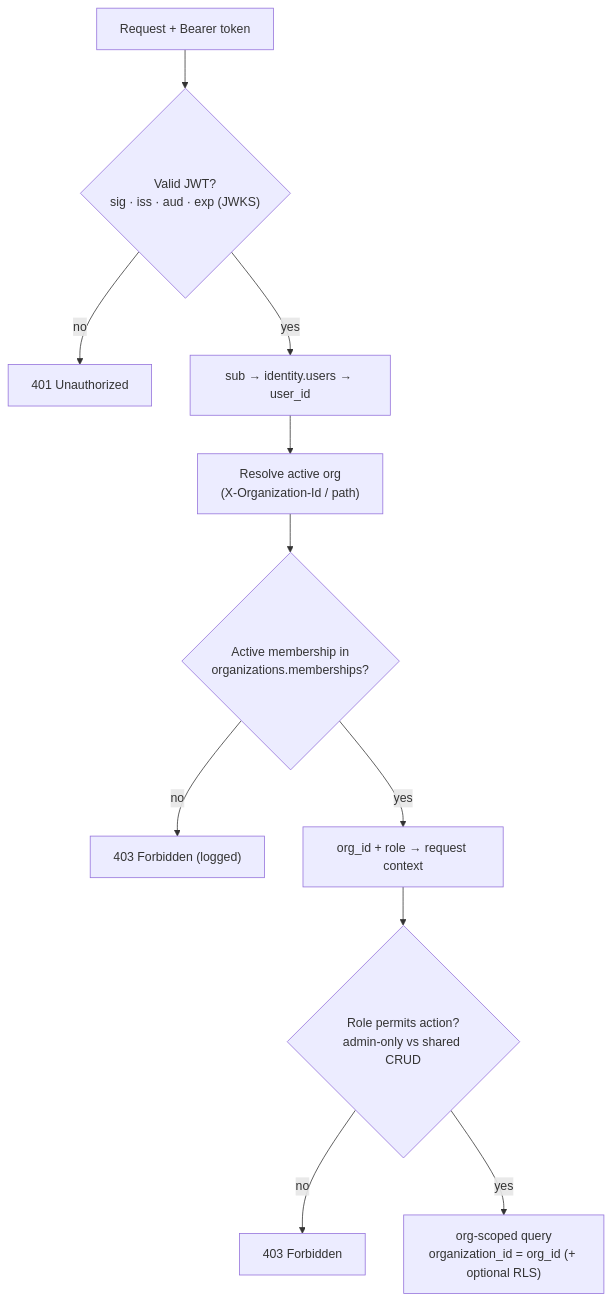
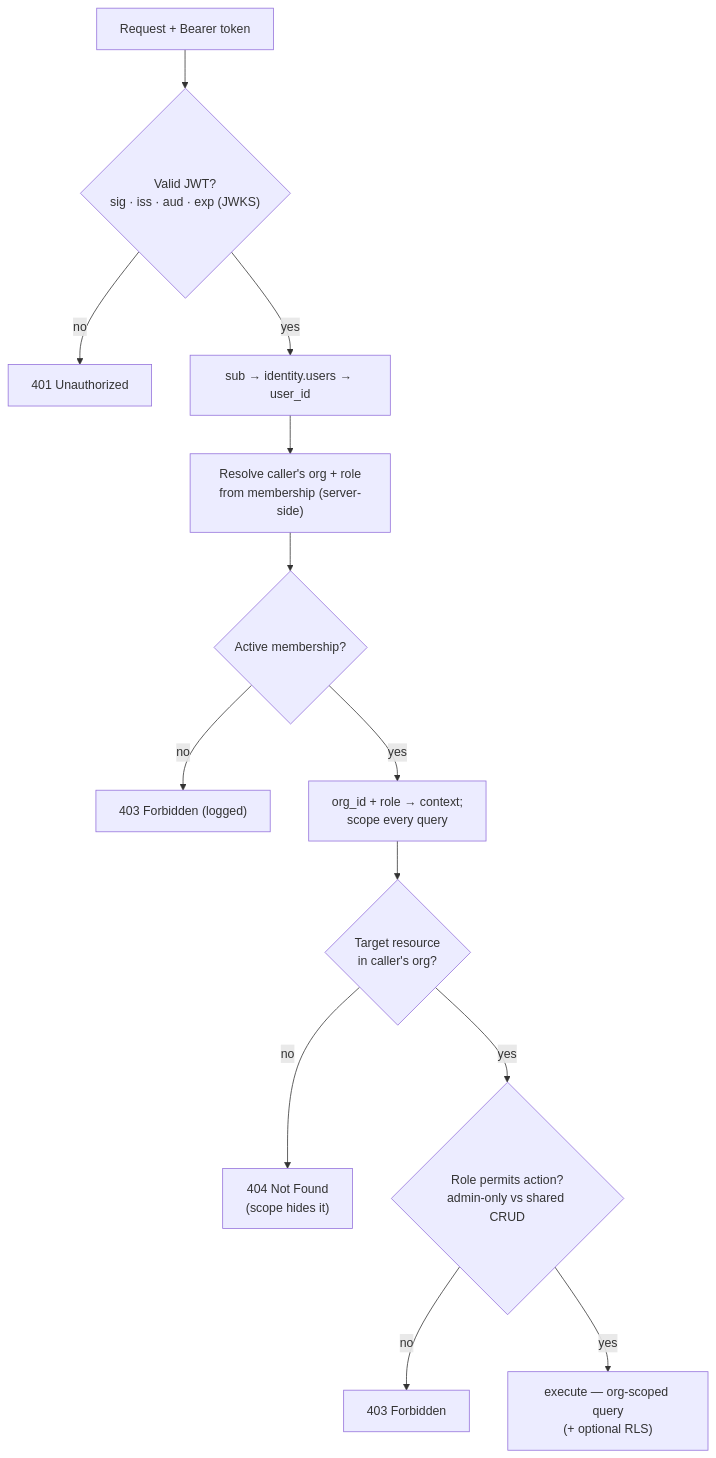
Before and after one commit to TiagoJVO/beekeepingit: the second of 3 diagrams in docs/architecture/auth.md, drawn with Mermaid. The commit also changed other lines of this file and 8 other files, not shown here.

````diff
--- a/docs/architecture/auth.md
+++ b/docs/architecture/auth.md
@@ -225,13 +231,15 @@
 ```mermaid
 graph TD
     A["Request + Bearer token"] --> B{"Valid JWT?<br/>sig · iss · aud · exp (JWKS)"}
     B -- no --> R1["401 Unauthorized"]
     B -- yes --> C["sub → identity.users → user_id"]
-    C --> D["Resolve active org<br/>(X-Organization-Id / path)"]
-    D --> E{"Active membership in<br/>organizations.memberships?"}
+    C --> D["Resolve caller's org + role<br/>from membership (server-side)"]
+    D --> E{"Active membership?"}
     E -- no --> R2["403 Forbidden (logged)"]
-    E -- yes --> F["org_id + role → request context"]
-    F --> G{"Role permits action?<br/>admin-only vs shared CRUD"}
-    G -- no --> R3["403 Forbidden"]
-    G -- yes --> H["org-scoped query<br/>organization_id = org_id (+ optional RLS)"]
+    E -- yes --> F["org_id + role → context;<br/>scope every query"]
+    F --> G{"Target resource<br/>in caller's org?"}
+    G -- no --> R3["404 Not Found<br/>(scope hides it)"]
+    G -- yes --> H{"Role permits action?<br/>admin-only vs shared CRUD"}
+    H -- no --> R4["403 Forbidden"]
+    H -- yes --> I["execute — org-scoped query<br/>(+ optional RLS)"]
 ```
````
